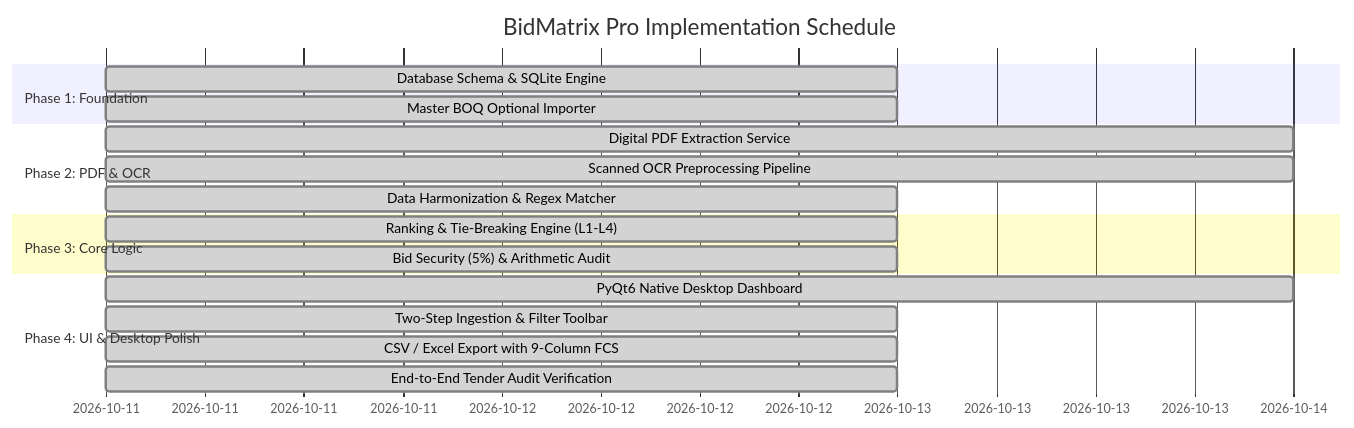
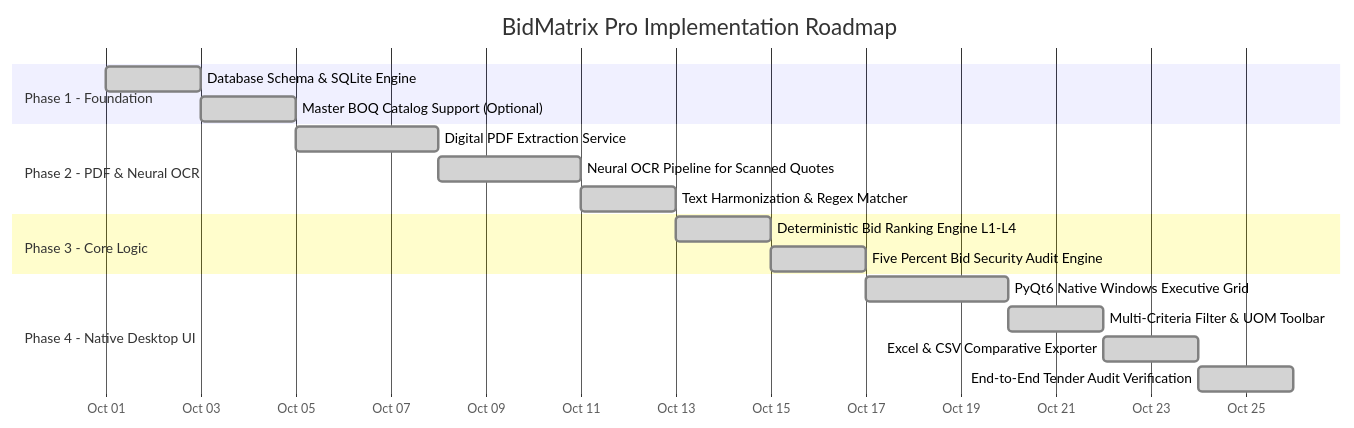
Before and after one commit to Muhammad9985/BidMatrix-Pro: the seventh of 7 diagrams in README.md, drawn with Mermaid. The commit also changed other lines of this file, not shown here.

````diff
--- a/README.md
+++ b/README.md
@@ -412,20 +412,25 @@
 ```mermaid
 gantt
-    title BidMatrix Pro Implementation Schedule
+    title BidMatrix Pro Implementation Roadmap
     dateFormat  YYYY-MM-DD
-    section Phase 1: Foundation
-    Database Schema & SQLite Engine       :done,    des1, 2026-10-11, 2d
-    Master BOQ Optional Importer           :done,    des2, 2026-10-11, 2d
-    section Phase 2: PDF & OCR
-    Digital PDF Extraction Service         :done,    des3, 2026-10-11, 3d
-    Scanned OCR Preprocessing Pipeline     :done,    des4, 2026-10-11, 3d
-    Data Harmonization & Regex Matcher     :done,    des5, 2026-10-11, 2d
-    section Phase 3: Core Logic
-    Ranking & Tie-Breaking Engine (L1-L4)  :done,    des6, 2026-10-11, 2d
-    Bid Security (5%) & Arithmetic Audit   :done,    des7, 2026-10-11, 2d
-    section Phase 4: UI & Desktop Polish
-    PyQt6 Native Desktop Dashboard         :done,    des8, 2026-10-11, 3d
-    Two-Step Ingestion & Filter Toolbar    :done,    des9, 2026-10-11, 2d
-    CSV / Excel Export with 9-Column FCS   :done,    des10, 2026-10-11, 2d
-    End-to-End Tender Audit Verification  :done,    des11, 2026-10-11, 2d
+    axisFormat  %b %d
+
+    section Phase 1 - Foundation
+    Database Schema & SQLite Engine          :done, des1, 2026-10-01, 2026-10-03
+    Master BOQ Catalog Support (Optional)    :done, des2, after des1, 2d
+
+    section Phase 2 - PDF & Neural OCR
+    Digital PDF Extraction Service           :done, des3, after des2, 3d
+    Neural OCR Pipeline for Scanned Quotes   :done, des4, after des3, 3d
+    Text Harmonization & Regex Matcher       :done, des5, after des4, 2d
+
+    section Phase 3 - Core Logic
+    Deterministic Bid Ranking Engine L1-L4   :done, des6, after des5, 2d
+    Five Percent Bid Security Audit Engine   :done, des7, after des6, 2d
+
+    section Phase 4 - Native Desktop UI
+    PyQt6 Native Windows Executive Grid      :done, des8, after des7, 3d
+    Multi-Criteria Filter & UOM Toolbar      :done, des9, after des8, 2d
+    Excel & CSV Comparative Exporter         :done, des10, after des9, 2d
+    End-to-End Tender Audit Verification     :done, des11, after des10, 2d
 ```
````
